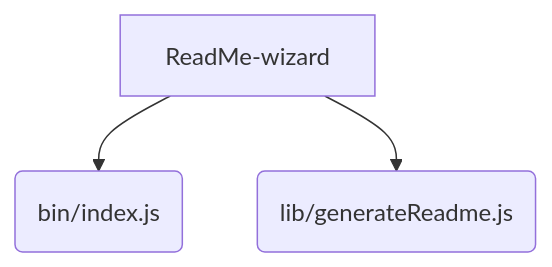
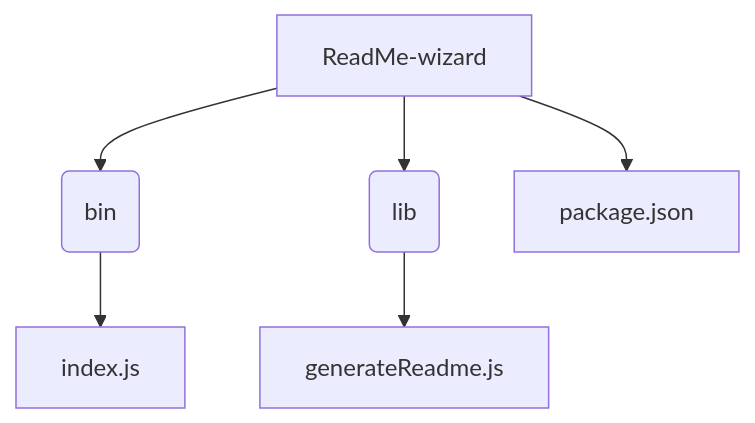
One commit to PIYUSH1SAINI/ReadMe-wiz changed the second of 2 diagrams in README.md. Above: the diagram before and after it, drawn with Mermaid. The commit also changed other lines of this file and 1 other file, not shown here.

````diff
--- a/README.md
+++ b/README.md
@@ -26,6 +43,9 @@
 ```mermaid
 graph TD
-    A[ReadMe-wizard] --> B("bin/index.js");
-    A --> C("lib/generateReadme.js");
+    A[ReadMe-wizard] --> B(bin);
+    A --> C(lib);
+    C --> D[generateReadme.js];
+    B --> E[index.js];
+    A --> F[package.json];
 
 ```
````
